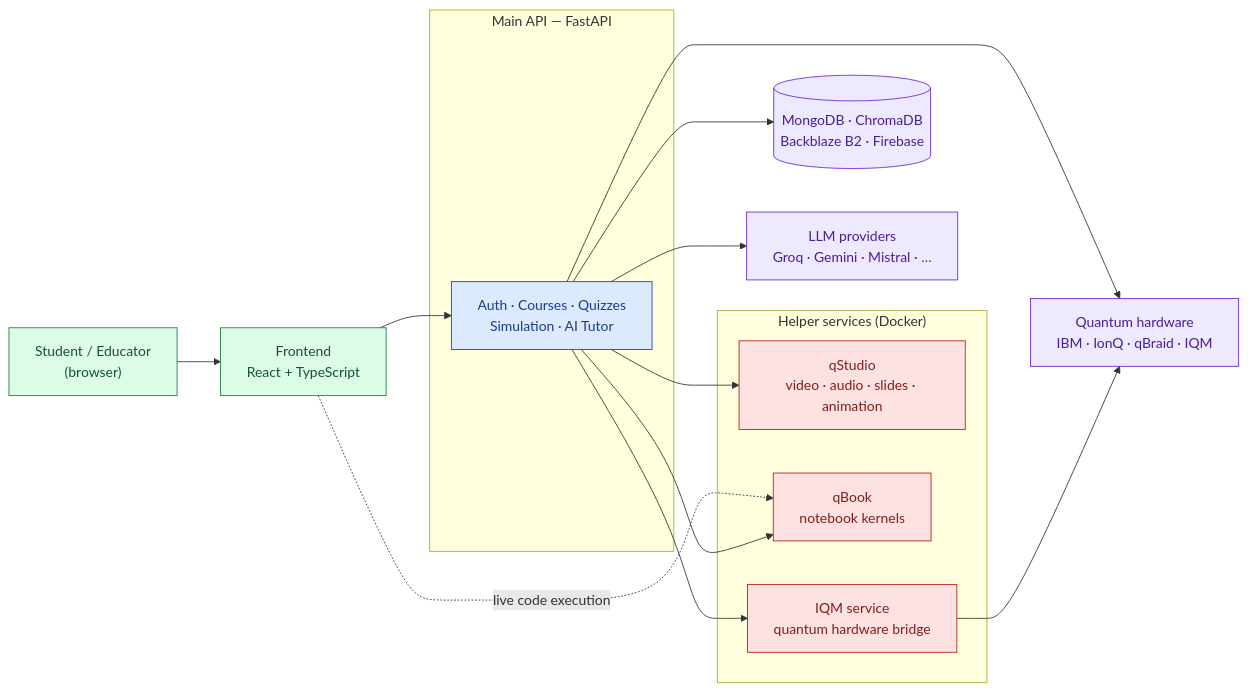
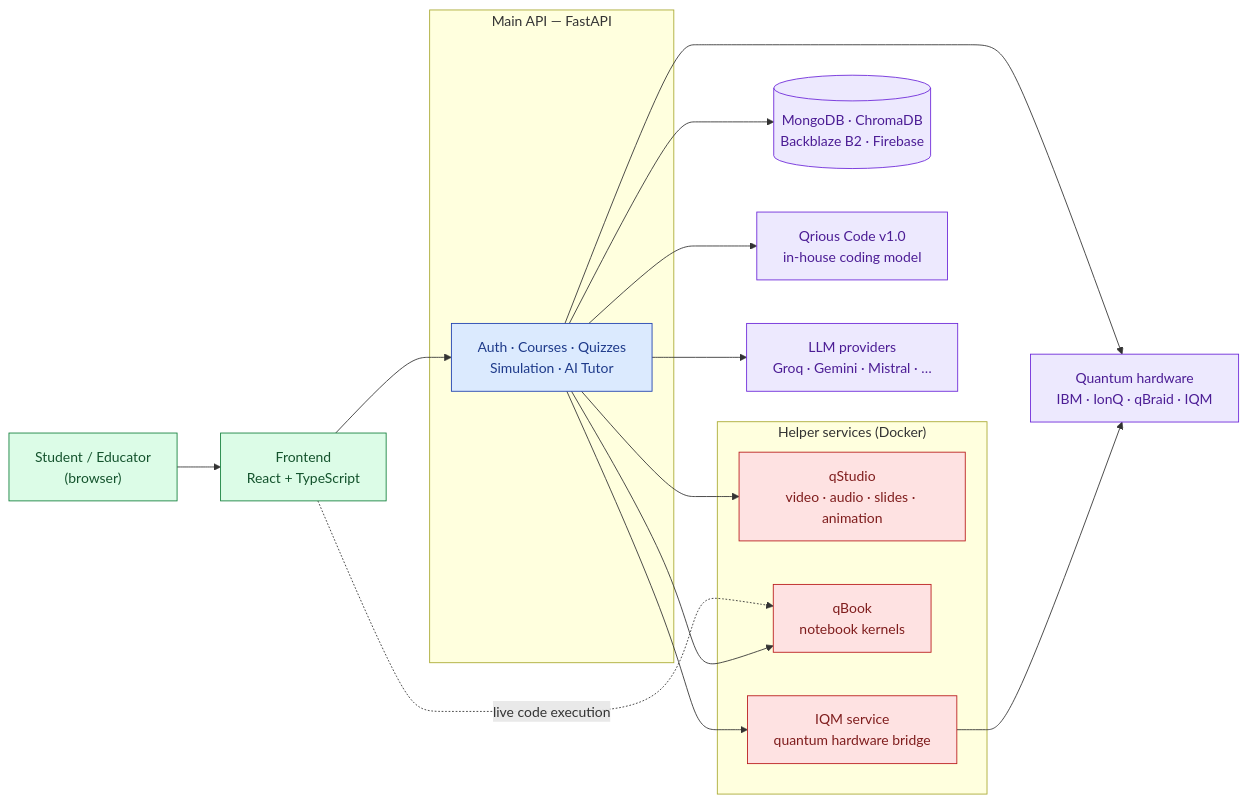
Before and after one commit to sarvan-2187/sih: the first of 7 diagrams in README.md, drawn with Mermaid. The commit also changed other lines of this file, not shown here.

````diff
--- a/README.md
+++ b/README.md
@@ -61,32 +61,34 @@
 ```mermaid
 flowchart LR
     classDef user fill:#dcfce7,stroke:#15803d,color:#14532d
     classDef core fill:#dbeafe,stroke:#1e40af,color:#1e3a8a
     classDef svc fill:#fee2e2,stroke:#b91c1c,color:#7f1d1d
     classDef ext fill:#ede9fe,stroke:#6d28d9,color:#4c1d95
 
     U["Student / Educator<br/>(browser)"]:::user
     FE["Frontend<br/>React + TypeScript"]:::user
 
     subgraph BE["Main API — FastAPI"]
         API["Auth · Courses · Quizzes<br/>Simulation · AI Tutor"]:::core
     end
 
     subgraph MS["Helper services (Docker)"]
         QS["qStudio<br/>video · audio · slides · animation"]:::svc
         NB["qBook<br/>notebook kernels"]:::svc
         IQ["IQM service<br/>quantum hardware bridge"]:::svc
     end
 
     DATA[("MongoDB · ChromaDB<br/>Backblaze B2 · Firebase")]:::ext
+    QCM["Qrious Code v1.0<br/>in-house coding model"]:::ext
     AI["LLM providers<br/>Groq · Gemini · Mistral · …"]:::ext
     QPU["Quantum hardware<br/>IBM · IonQ · qBraid · IQM"]:::ext
 
     U --> FE --> API
     FE -. "live code execution" .-> NB
     API --> QS & NB & IQ
     API --> DATA
+    API --> QCM
     API --> AI
     API --> QPU
     IQ --> QPU
 ```
````
